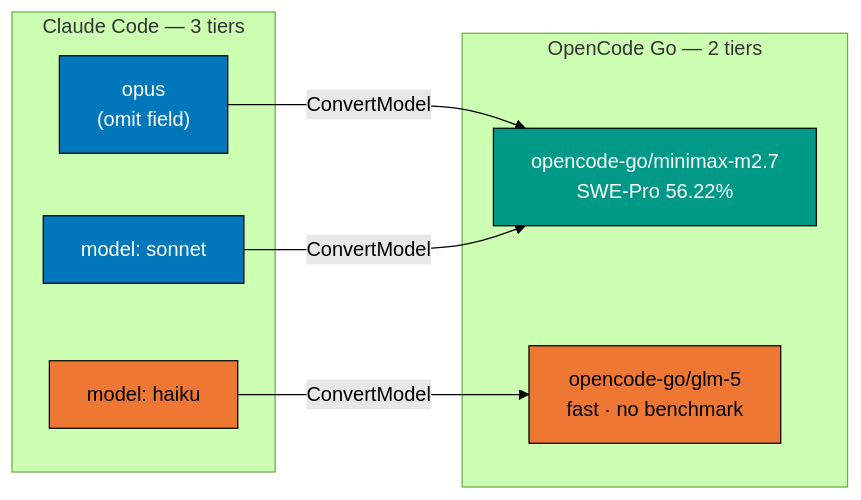
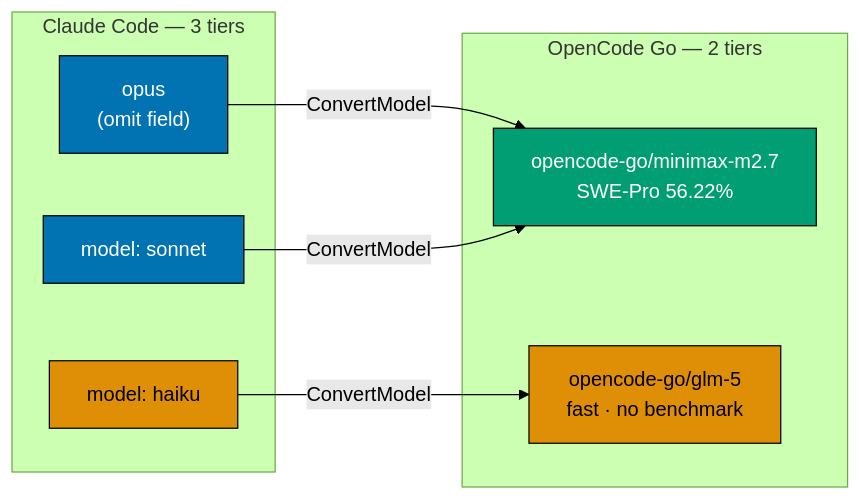
The second of 3 diagrams in plans/in-progress/2026-04-30__adopt-opencode-go/tech-docs.md (wahidyankf/ose-public), drawn with Mermaid (forest theme) before and after one commit. The commit also changed other lines of this file and 2 other files, not shown here.

````diff
--- a/plans/in-progress/2026-04-30__adopt-opencode-go/tech-docs.md
+++ b/plans/in-progress/2026-04-30__adopt-opencode-go/tech-docs.md
@@ -80,20 +80,20 @@
 ```mermaid
 flowchart LR
     subgraph cc["Claude Code — 3 tiers"]
         O["opus\n(omit field)"]
         S["model: sonnet"]
         H["model: haiku"]
     end
     subgraph og["OpenCode Go — 2 tiers"]
         M["opencode-go/minimax-m2.7\nSWE-Pro 56.22%"]
         G["opencode-go/glm-5\nfast · no benchmark"]
     end
     O -->|ConvertModel| M
     S -->|ConvertModel| M
     H -->|ConvertModel| G
-    style O fill:#0077BB,stroke:#000000,color:#FFFFFF
-    style S fill:#0077BB,stroke:#000000,color:#FFFFFF
-    style H fill:#EE7733,stroke:#000000,color:#000000
-    style M fill:#009988,stroke:#000000,color:#FFFFFF
-    style G fill:#EE7733,stroke:#000000,color:#000000
+    style O fill:#0173B2,stroke:#000000,color:#FFFFFF
+    style S fill:#0173B2,stroke:#000000,color:#FFFFFF
+    style H fill:#DE8F05,stroke:#000000,color:#000000
+    style M fill:#029E73,stroke:#000000,color:#FFFFFF
+    style G fill:#DE8F05,stroke:#000000,color:#000000
 ```
````
